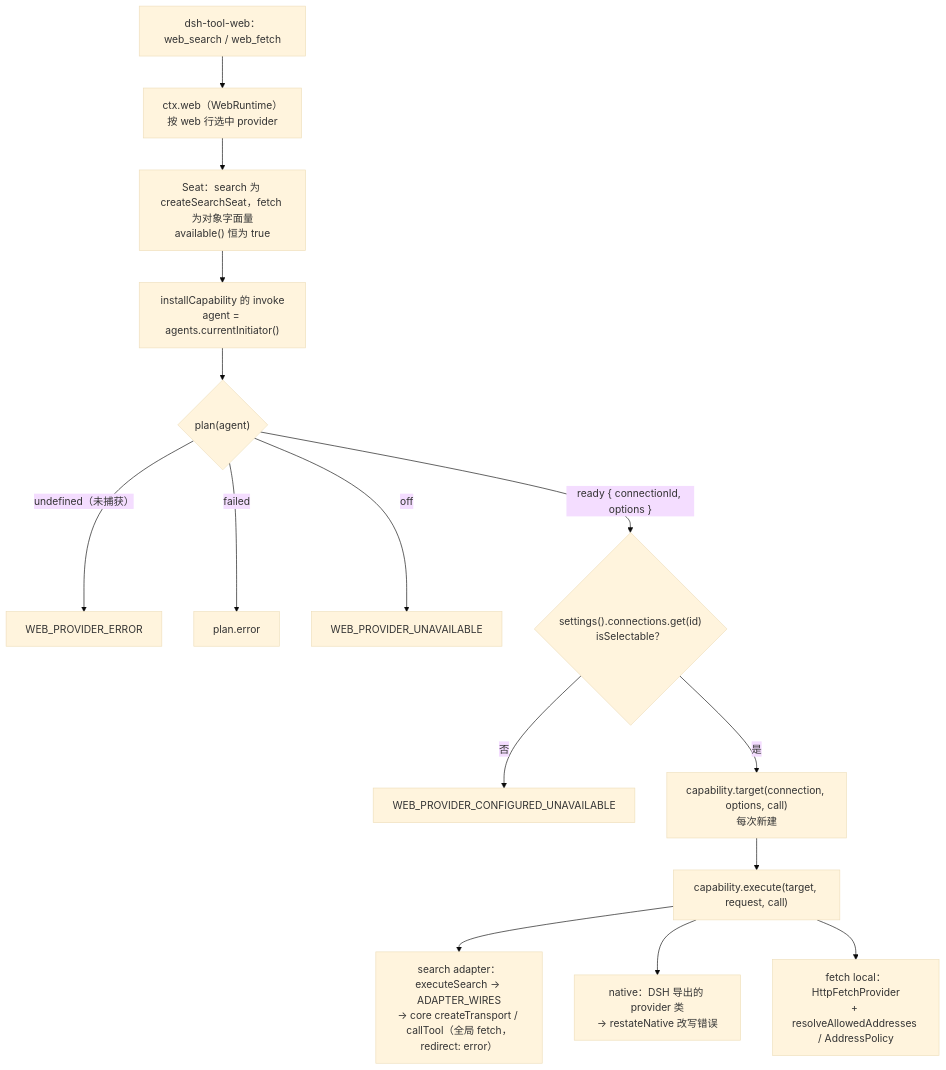
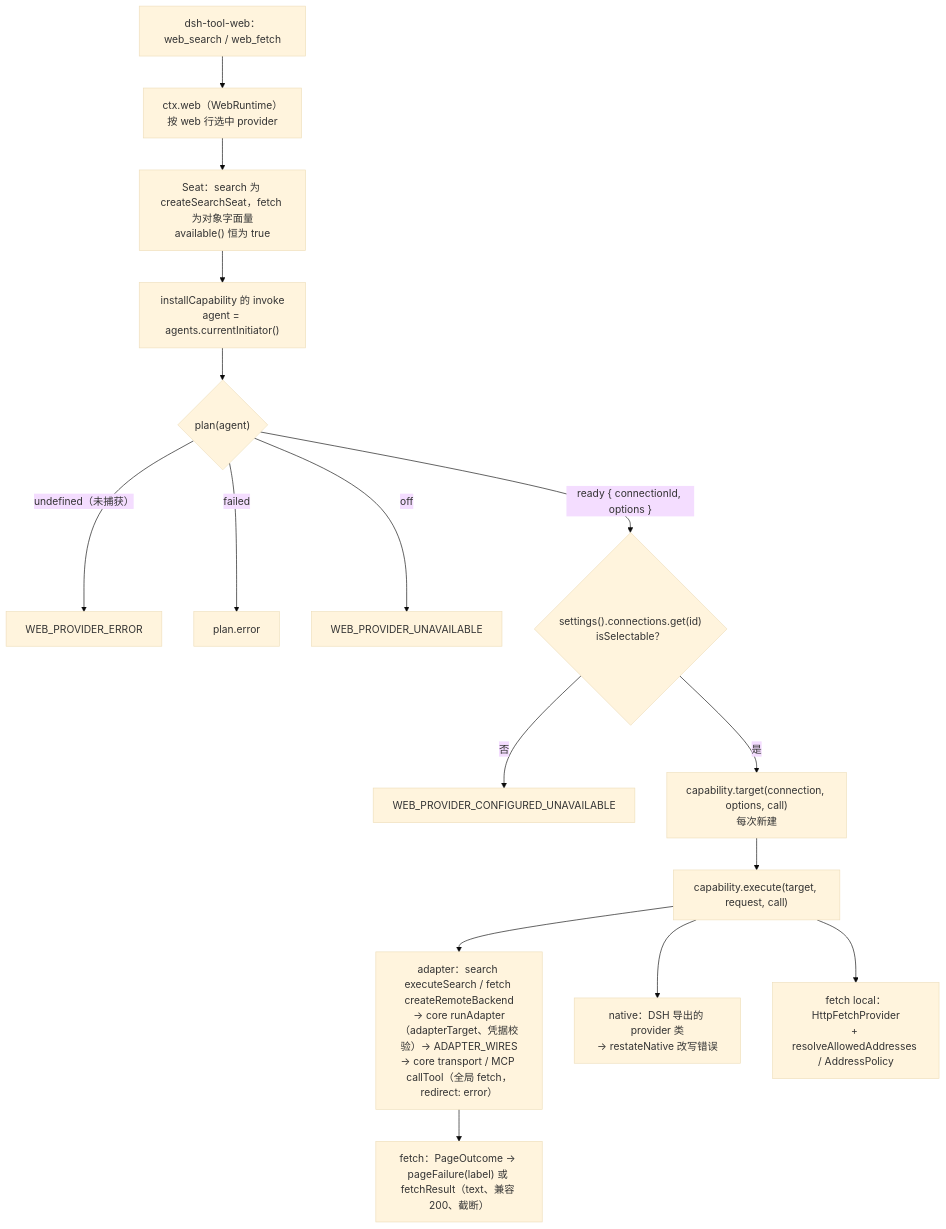
One commit to Yurzi/dsh-tool-web-enhanced changed the second of 5 diagrams in docs/code-structure.md. Above: the diagram before and after it, drawn with Mermaid (base theme). The commit also changed other lines of this file and 166 other files, not shown here.

```diff
--- a/docs/code-structure.md
+++ b/docs/code-structure.md
@@ -452,17 +491,18 @@
 ~~~mermaid
 flowchart TD
   TOOL["dsh-tool-web：web_search / web_fetch"] --> WEB["ctx.web（WebRuntime）<br/>按 web 行选中 provider"]
   WEB --> SEAT["Seat：search 为 createSearchSeat，fetch 为对象字面量<br/>available() 恒为 true"]
   SEAT --> INV["installCapability 的 invoke<br/>agent = agents.currentInitiator()"]
   INV --> PLAN{"plan(agent)"}
   PLAN -- "undefined（未捕获）" --> E0["WEB_PROVIDER_ERROR"]
   PLAN -- failed --> E1["plan.error"]
   PLAN -- off --> E2["WEB_PROVIDER_UNAVAILABLE"]
   PLAN -- "ready { connectionId, options }" --> SELQ{"settings().connections.get(id)<br/>isSelectable？"}
   SELQ -- 否 --> E3["WEB_PROVIDER_CONFIGURED_UNAVAILABLE"]
   SELQ -- 是 --> TGT["capability.target(connection, options, call)<br/>每次新建"]
   TGT --> EXE["capability.execute(target, request, call)"]
-  EXE --> A["search adapter：executeSearch → ADAPTER_WIRES<br/>→ core createTransport / callTool（全局 fetch，redirect: error）"]
+  EXE --> A["adapter：search executeSearch / fetch createRemoteBackend<br/>→ core runAdapter（adapterTarget、凭据校验）→ ADAPTER_WIRES<br/>→ core transport / MCP callTool（全局 fetch，redirect: error）"]
+  A --> PG["fetch：PageOutcome → pageFailure(label) 或 fetchResult（text、兼容 200、截断）"]
   EXE --> N["native：DSH 导出的 provider 类<br/>→ restateNative 改写错误"]
   EXE --> L["fetch local：HttpFetchProvider<br/>+ resolveAllowedAddresses / AddressPolicy"]
 ~~~
```
